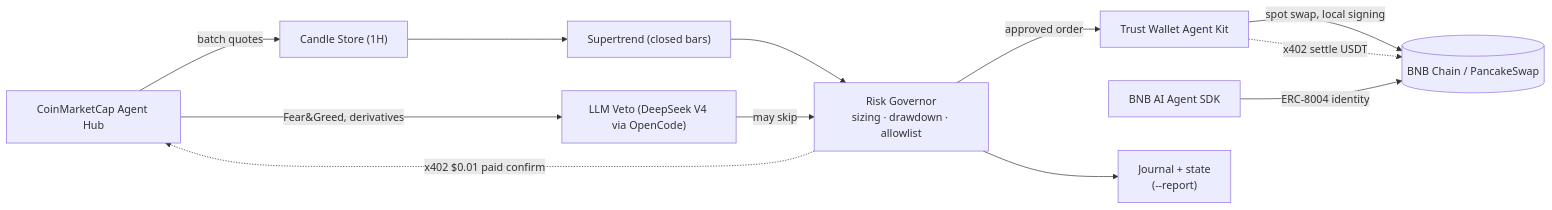
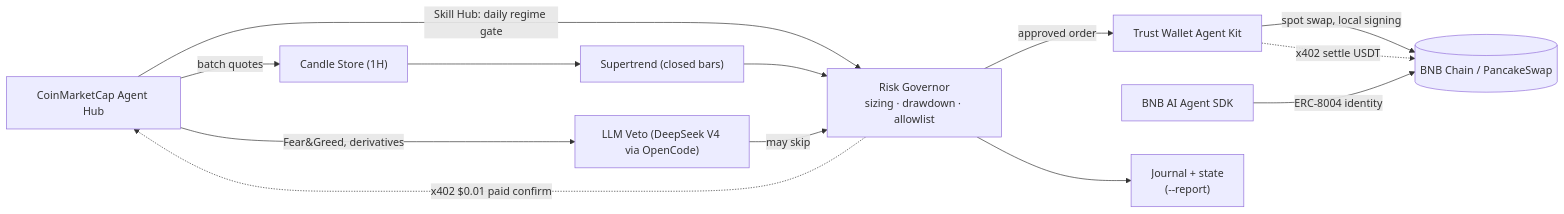
The diagram in README.md (siredwinm/fidukat-trading-bot), drawn with Mermaid before and after one commit. The commit also changed other lines of this file and 2 other files, not shown here.

First line of the commit message:
Add CMC Skill Hub regime gate: stand aside in risk-off

````diff
--- a/README.md
+++ b/README.md
@@ -192,14 +192,15 @@
 ```mermaid
 flowchart LR
     CMC["CoinMarketCap Agent Hub"] -->|batch quotes| CS["Candle Store (1H)"]
     CMC -->|Fear&Greed, derivatives| V["LLM Veto (DeepSeek V4 via OpenCode)"]
+    CMC -->|Skill Hub: daily regime gate| GOV
     CS --> SIG["Supertrend (closed bars)"]
     SIG --> GOV["Risk Governor<br/>sizing · drawdown · allowlist"]
     V -->|may skip| GOV
     GOV -.->|x402 $0.01 paid confirm| CMC
     GOV -->|approved order| TWAK["Trust Wallet Agent Kit"]
     TWAK -->|spot swap, local signing| BSC[("BNB Chain / PancakeSwap")]
     TWAK -.->|x402 settle USDT| BSC
     SDK["BNB AI Agent SDK"] -->|ERC-8004 identity| BSC
     GOV --> J["Journal + state<br/>(--report)"]
 ```
````
